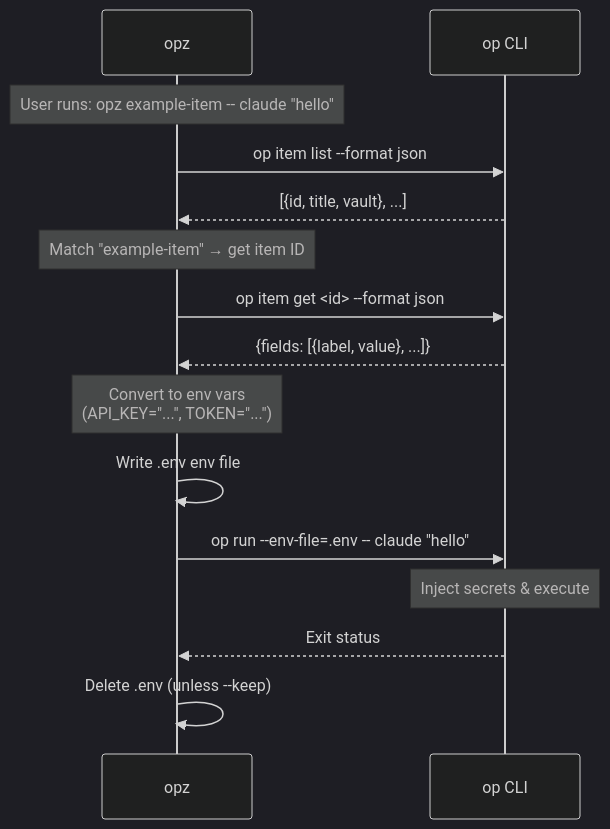
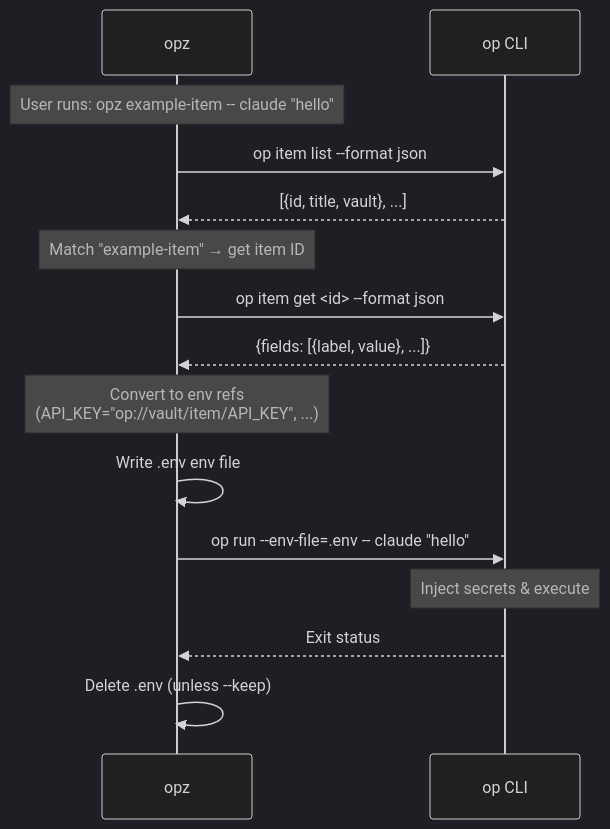
Before and after one commit to f4ah6o/opx: the diagram in README.md, drawn with Mermaid (dark theme). The commit also changed other lines of this file and 2 other files, not shown here.

Commit message:
Use op references in env files

````diff
--- a/README.md
+++ b/README.md
@@ -72,23 +72,23 @@
 ```mermaid
 sequenceDiagram
     participant opz
     participant op as op CLI
 
     Note over opz: User runs: opz example-item -- claude "hello"
 
     opz->>op: op item list --format json
     op-->>opz: [{id, title, vault}, ...]
     Note over opz: Match "example-item" → get item ID
 
     opz->>op: op item get <id> --format json
     op-->>opz: {fields: [{label, value}, ...]}
-    Note over opz: Convert to env vars<br/>(API_KEY="...", TOKEN="...")
+    Note over opz: Convert to env refs<br/>(API_KEY="op://vault/item/API_KEY", ...)
 
     opz->>opz: Write .env env file
 
     opz->>op: op run --env-file=.env -- claude "hello"
     Note over op: Inject secrets & execute
     op-->>opz: Exit status
 
     opz->>opz: Delete .env (unless --keep)
 ```
````
